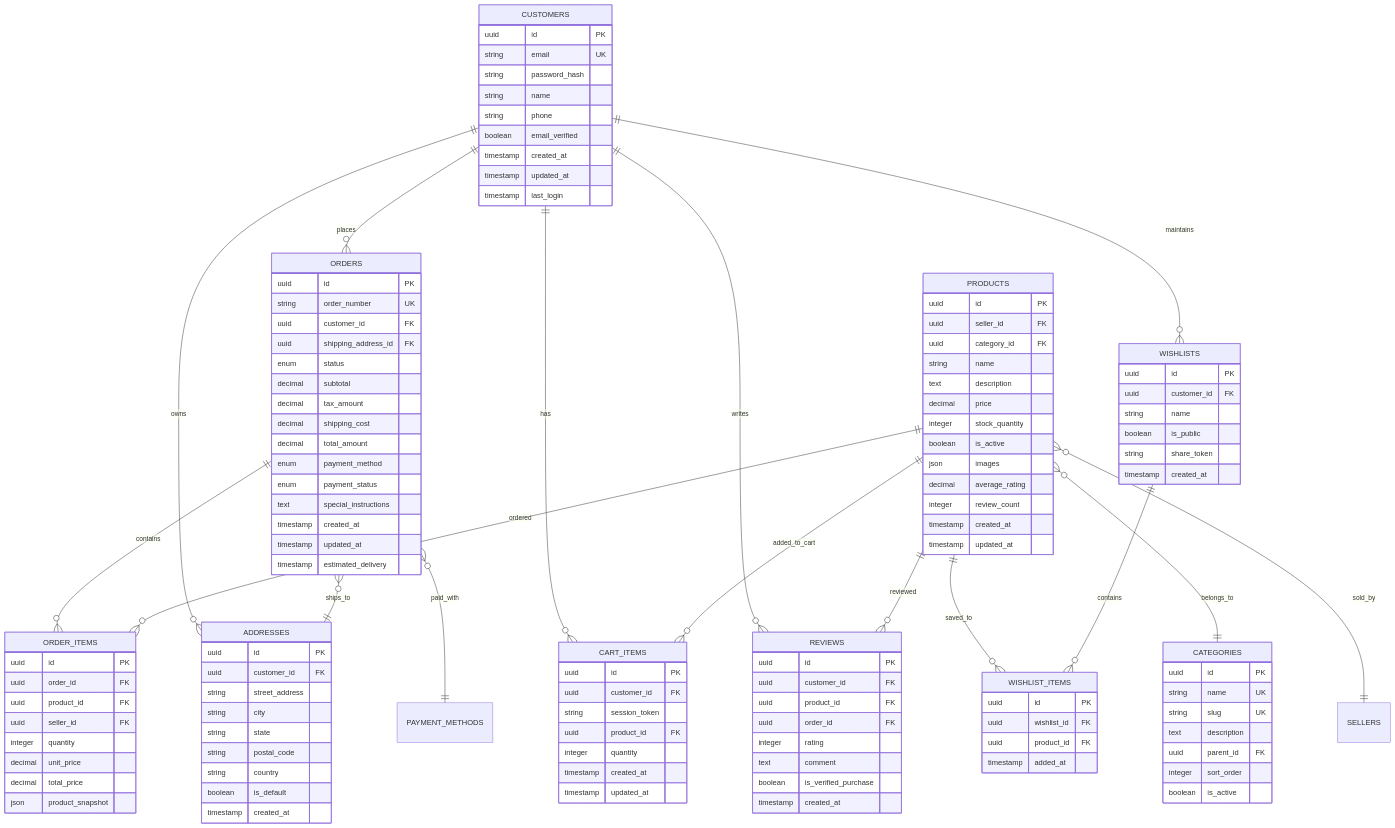
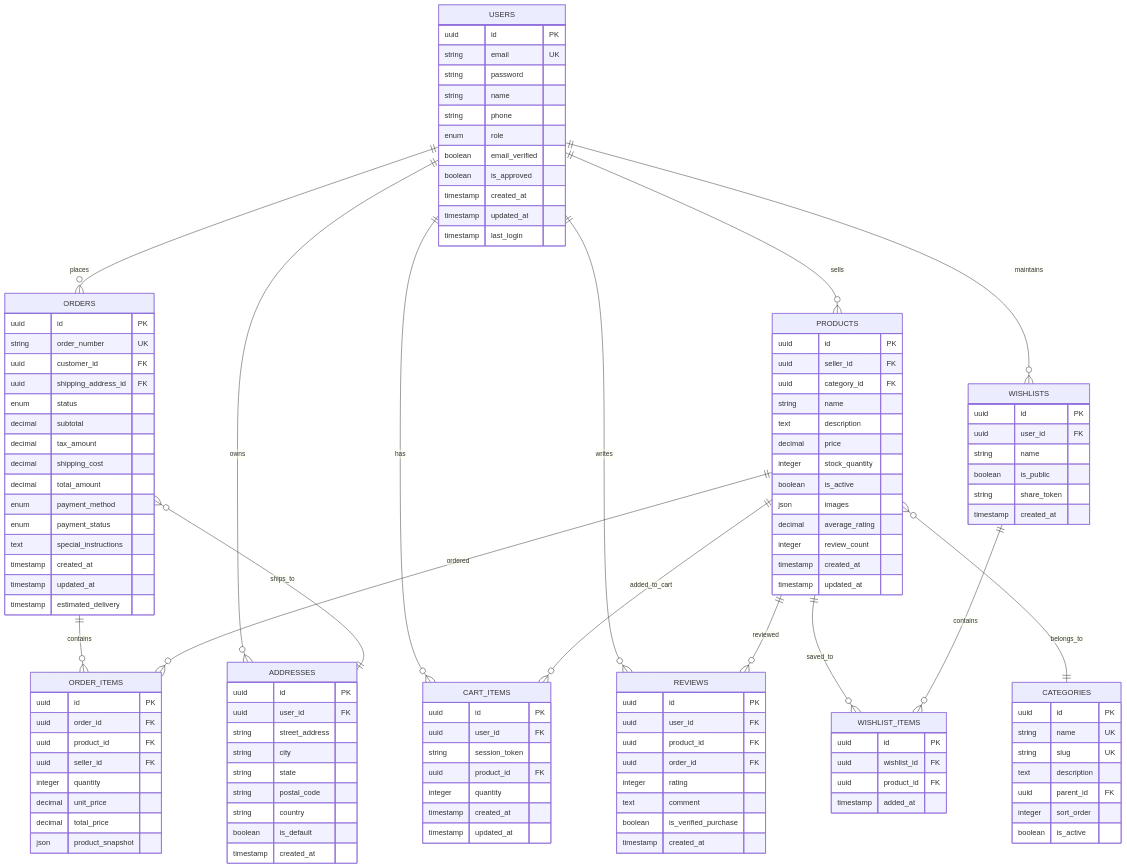
The fourth of 4 diagrams in .kiro/specs/customer-backend-api/design.md (Choeng-Rayu/LoukDo), drawn with Mermaid before and after one commit. The commit also changed other lines of this file and 13 other files, not shown here.

````diff
--- a/.kiro/specs/customer-backend-api/design.md
+++ b/.kiro/specs/customer-backend-api/design.md
@@ -425,31 +564,32 @@
 ```mermaid
 erDiagram
-    CUSTOMERS ||--o{ ORDERS : places
-    CUSTOMERS ||--o{ CART_ITEMS : has
-    CUSTOMERS ||--o{ ADDRESSES : owns
-    CUSTOMERS ||--o{ REVIEWS : writes
-    CUSTOMERS ||--o{ WISHLISTS : maintains
+    USERS ||--o{ ORDERS : places
+    USERS ||--o{ CART_ITEMS : has
+    USERS ||--o{ ADDRESSES : owns
+    USERS ||--o{ REVIEWS : writes
+    USERS ||--o{ WISHLISTS : maintains
+    USERS ||--o{ PRODUCTS : sells
     
     ORDERS ||--o{ ORDER_ITEMS : contains
     ORDERS }o--|| ADDRESSES : ships_to
-    ORDERS }o--|| PAYMENT_METHODS : paid_with
     
     PRODUCTS ||--o{ ORDER_ITEMS : ordered
     PRODUCTS ||--o{ CART_ITEMS : added_to_cart
     PRODUCTS ||--o{ REVIEWS : reviewed
     PRODUCTS ||--o{ WISHLIST_ITEMS : saved_to
     PRODUCTS }o--|| CATEGORIES : belongs_to
-    PRODUCTS }o--|| SELLERS : sold_by
     
     WISHLISTS ||--o{ WISHLIST_ITEMS : contains
     
-    CUSTOMERS {
+    USERS {
         uuid id PK
         string email UK
-        string password_hash
+        string password
         string name
         string phone
+        enum role
         boolean email_verified
+        boolean is_approved
         timestamp created_at
         timestamp updated_at
         timestamp last_login
@@ -457,7 +597,7 @@
     
     ADDRESSES {
         uuid id PK
-        uuid customer_id FK
+        uuid user_id FK
         string street_address
         string city
         string state
@@ -524,7 +664,7 @@
     
     CART_ITEMS {
         uuid id PK
-        uuid customer_id FK
+        uuid user_id FK
         string session_token
         uuid product_id FK
         integer quantity
@@ -534,7 +674,7 @@
     
     REVIEWS {
         uuid id PK
-        uuid customer_id FK
+        uuid user_id FK
         uuid product_id FK
         uuid order_id FK
         integer rating
@@ -545,7 +685,7 @@
     
     WISHLISTS {
         uuid id PK
-        uuid customer_id FK
+        uuid user_id FK
         string name
         boolean is_public
         string share_token
````
